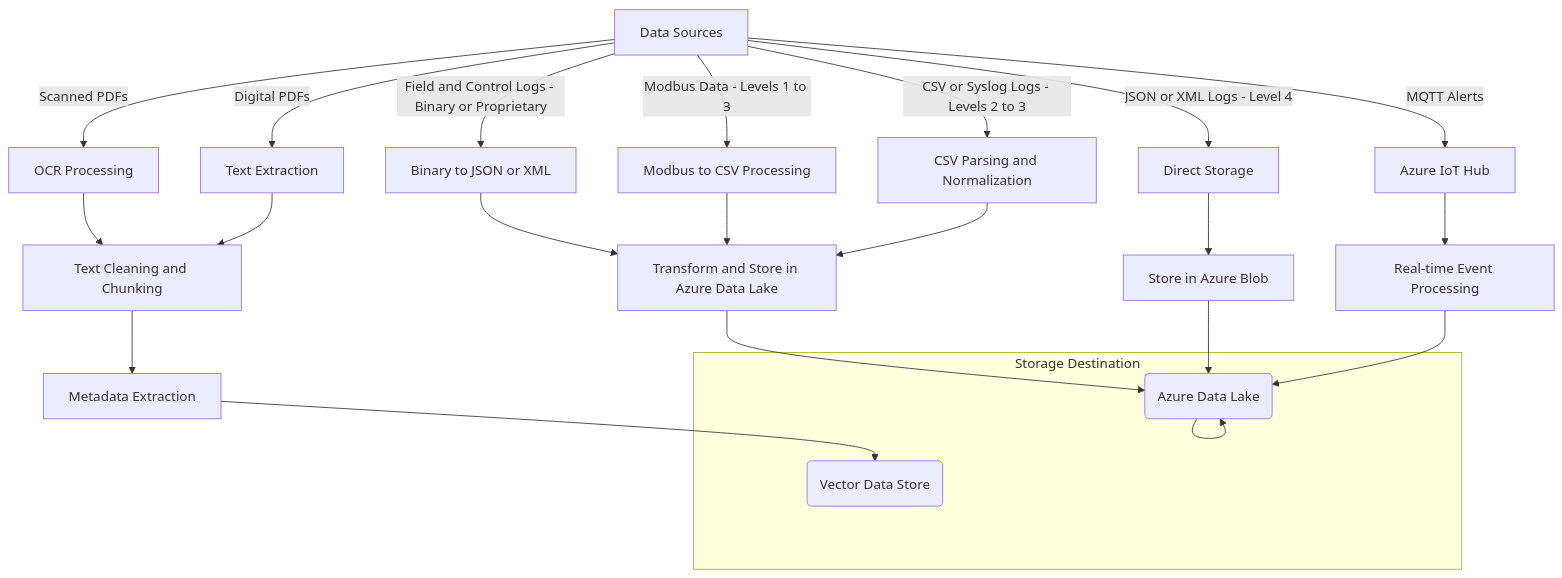
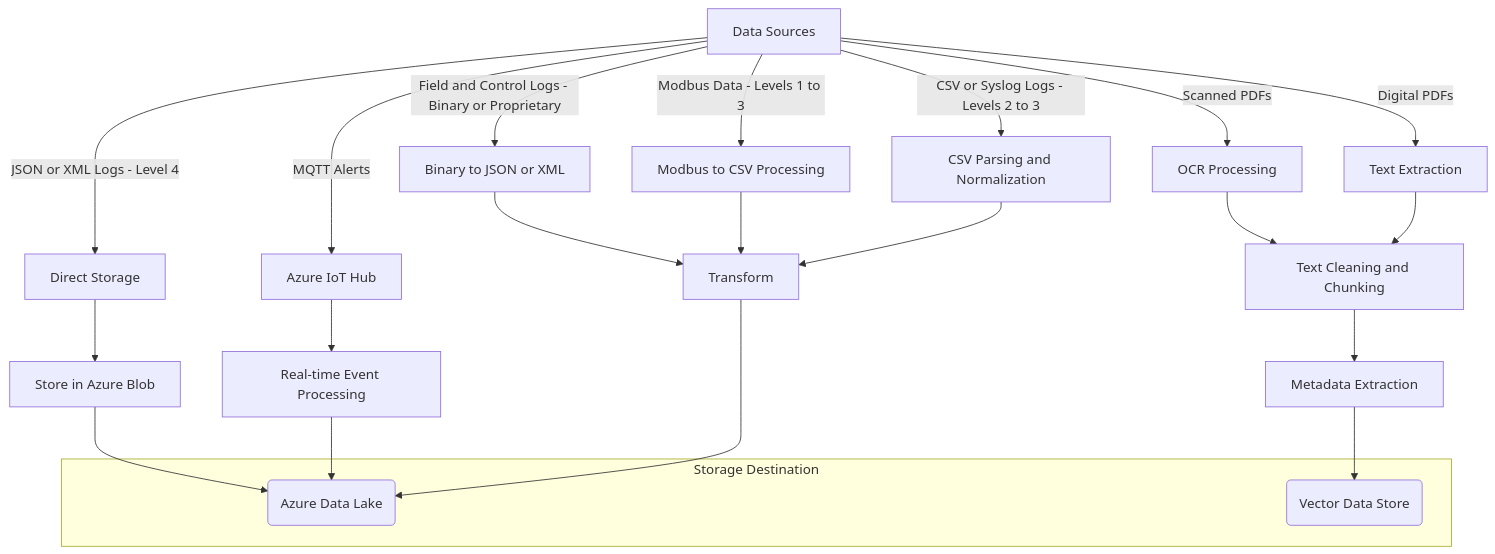
Before and after one commit to rajivgangadharan/ai-for-field-engineers: the diagram in solution-architecture.md, drawn with Mermaid.

Commit message:
Linked transform directly to Azure Datalake without intermediate storage service
A push to storage service may only rarely be required.

````diff
--- a/solution-architecture.md
+++ b/solution-architecture.md
@@ -98,33 +98,32 @@
 ```mermaid
 
 graph TD;
     A[Data Sources] -->|Scanned PDFs| B[OCR Processing];
     A -->|Digital PDFs| C[Text Extraction];
     A -->|Field and Control Logs - Binary or Proprietary| D[Binary to JSON or XML];
     A -->|Modbus Data - Levels 1 to 3| E[Modbus to CSV Processing];
     A -->|CSV or Syslog Logs - Levels 2 to 3| F[CSV Parsing and Normalization];
     A -->|JSON or XML Logs - Level 4| G[Direct Storage];
     A -->|MQTT Alerts| H[Azure IoT Hub];
     
     B --> I[Text Cleaning and Chunking];
     C --> I;
-    D --> J[Transform and Store in Azure Data Lake];
-    E --> J;
-    F --> J;
+    D --> T[Transform];
+    E --> T;
+    F --> T;
     G --> K[Store in Azure Blob];
     H --> R[Real-time Event Processing];
     
     I --> M[Metadata Extraction];
-    J --> N[Store in Azure Data Lake];
     K --> N;
     R --> N;
     
-    N --> N(Azure Data Lake);
+    T --> N(Azure Data Lake);
     M --> V(Vector Data Store);
     
     subgraph "Storage Destination"
         N
         V
     end
 
 ```
````
